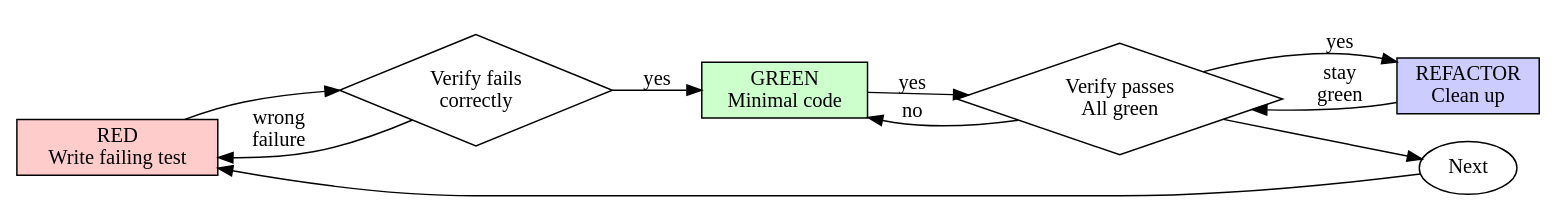
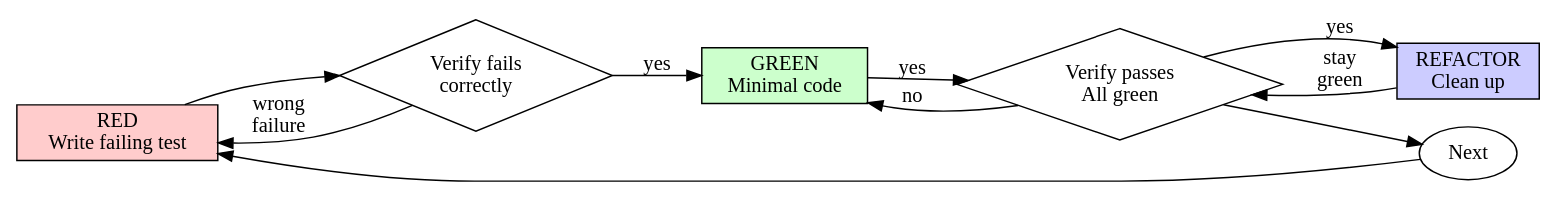
One commit to chris-han/livingware-engineer changed the diagram in skills/test-driven-development/SKILL.md. Above: the diagram before and after it, drawn with Graphviz.

Commit message:
fix: preserve original TDD cycle graph

````diff
--- a/skills/test-driven-development/SKILL.md
+++ b/skills/test-driven-development/SKILL.md
@@ -53,22 +53,21 @@
 ```dot
 digraph tdd_cycle {
     rankdir=LR;
     red [label="RED\nWrite failing test", shape=box, style=filled, fillcolor="#ffcccc"];
     verify_red [label="Verify fails\ncorrectly", shape=diamond];
     green [label="GREEN\nMinimal code", shape=box, style=filled, fillcolor="#ccffcc"];
     verify_green [label="Verify passes\nAll green", shape=diamond];
     refactor [label="REFACTOR\nClean up", shape=box, style=filled, fillcolor="#ccccff"];
     next [label="Next", shape=ellipse];
 
     red -> verify_red;
     verify_red -> green [label="yes"];
     verify_red -> red [label="wrong\nfailure"];
     green -> verify_green [label="yes"];
     verify_green -> green [label="no"];
-    verify_green -> verify_green [style=invis];
     verify_green -> refactor [label="yes"];
     refactor -> verify_green [label="stay\ngreen"];
     verify_green -> next;
     next -> red;
 }
 ```
````
